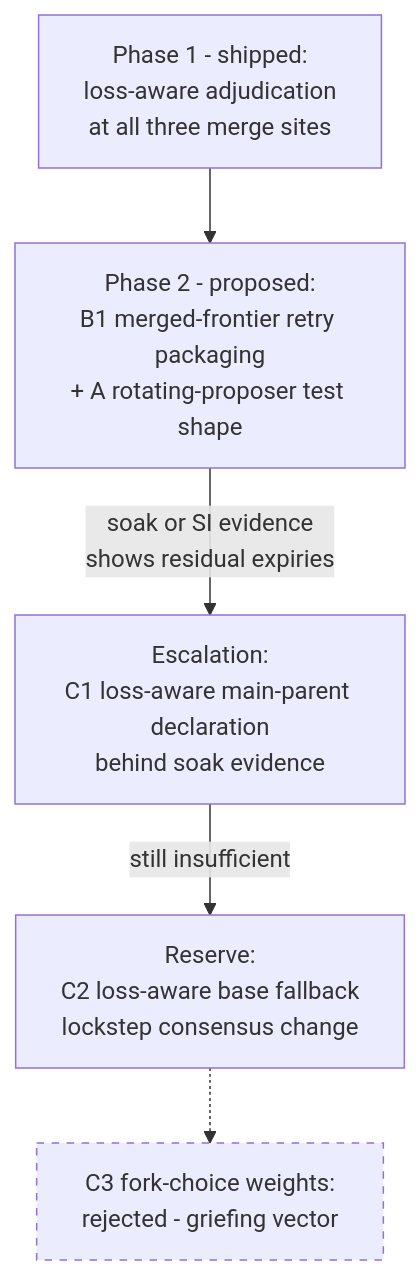
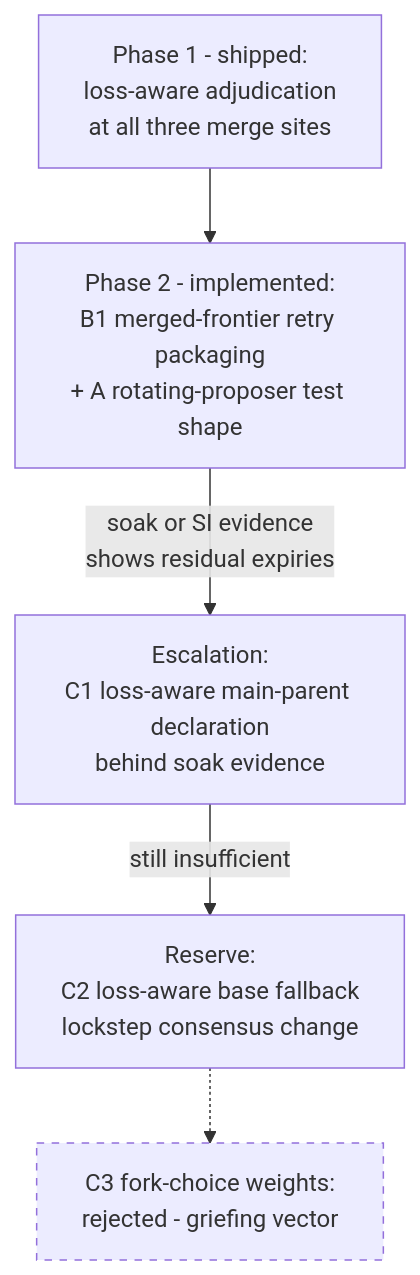
The diagram in docs/casper/CONSENSUS_PHILOSOPHY.md (F1R3FLY-io/f1r3node-rust), drawn with Mermaid before and after one commit. The commit also changed other lines of this file and 3 other files, not shown here.

First line of the commit message:
feat(casper): accept any covering parent for retry packaging (B7)

````diff
--- a/docs/casper/CONSENSUS_PHILOSOPHY.md
+++ b/docs/casper/CONSENSUS_PHILOSOPHY.md
@@ -118,8 +122,8 @@
 ```mermaid
 flowchart TD
-    P1[Phase 1 - shipped:\nloss-aware adjudication\nat all three merge sites] --> B1[Phase 2 - proposed:\nB1 merged-frontier retry packaging\n+ A rotating-proposer test shape]
+    P1[Phase 1 - shipped:\nloss-aware adjudication\nat all three merge sites] --> B1[Phase 2 - implemented:\nB1 merged-frontier retry packaging\n+ A rotating-proposer test shape]
     B1 -->|soak or SI evidence\nshows residual expiries| C1[Escalation:\nC1 loss-aware main-parent declaration\nbehind soak evidence]
     C1 -->|still insufficient| C2[Reserve:\nC2 loss-aware base fallback\nlockstep consensus change]
     C2 -.-> C3[C3 fork-choice weights:\nrejected - griefing vector]
     style C3 stroke-dasharray: 5 5
 ```
````
